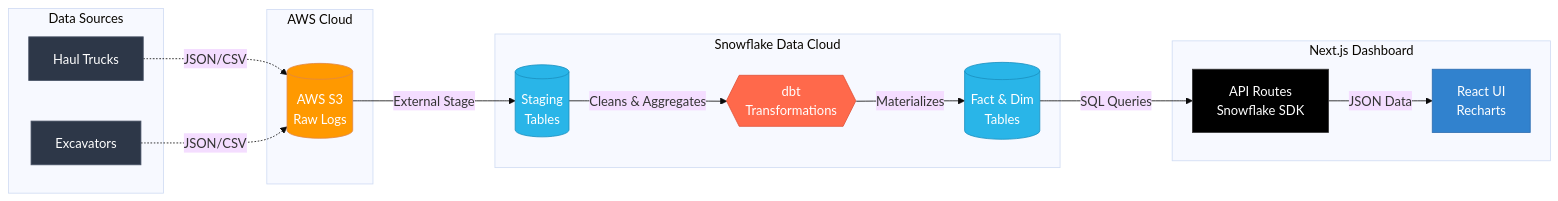
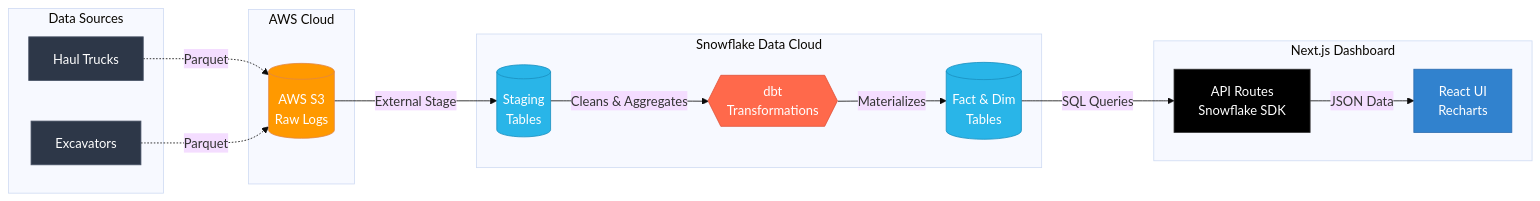
Before and after one commit to TheFakeCreator/coal-ops-platform: the diagram in README.md, drawn with Mermaid (base theme). The commit also changed other lines of this file, not shown here.

Commit message:
docs: correct data format to Parquet in architecture diagram

````diff
--- a/README.md
+++ b/README.md
@@ -60,39 +60,39 @@
 ```mermaid
 flowchart LR
     subgraph Data Sources
         E1[Haul Trucks]:::source
         E2[Excavators]:::source
     end
 
     subgraph AWS Cloud
         S3[(AWS S3\nRaw Logs)]:::storage
     end
 
     subgraph Snowflake Data Cloud
         STG[(Staging\nTables)]:::snowflake
         FCT[(Fact & Dim\nTables)]:::snowflake
         DBT{{dbt\nTransformations}}:::dbt
     end
 
     subgraph Next.js Dashboard
         API[API Routes\nSnowflake SDK]:::api
         UI[React UI\nRecharts]:::ui
     end
 
-    E1 -.->|JSON/CSV| S3
-    E2 -.->|JSON/CSV| S3
+    E1 -.->|Parquet| S3
+    E2 -.->|Parquet| S3
     
     S3 -->|External Stage| STG
     STG -->|Cleans & Aggregates| DBT
     DBT -->|Materializes| FCT
     
     FCT -->|SQL Queries| API
     API -->|JSON Data| UI
 
     classDef source fill:#2d3748,stroke:#4a5568,color:#fff
     classDef storage fill:#ff9900,stroke:#e28743,color:#fff
     classDef snowflake fill:#29b5e8,stroke:#1a90c0,color:#fff
     classDef dbt fill:#ff694b,stroke:#e05238,color:#fff
     classDef api fill:#000000,stroke:#333333,color:#fff
     classDef ui fill:#3182ce,stroke:#2b6cb0,color:#fff
 ```
````
